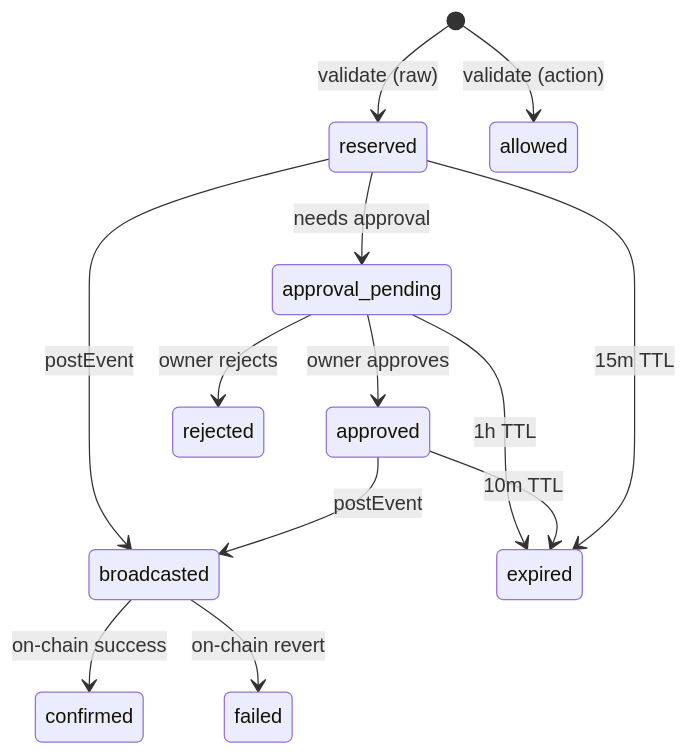
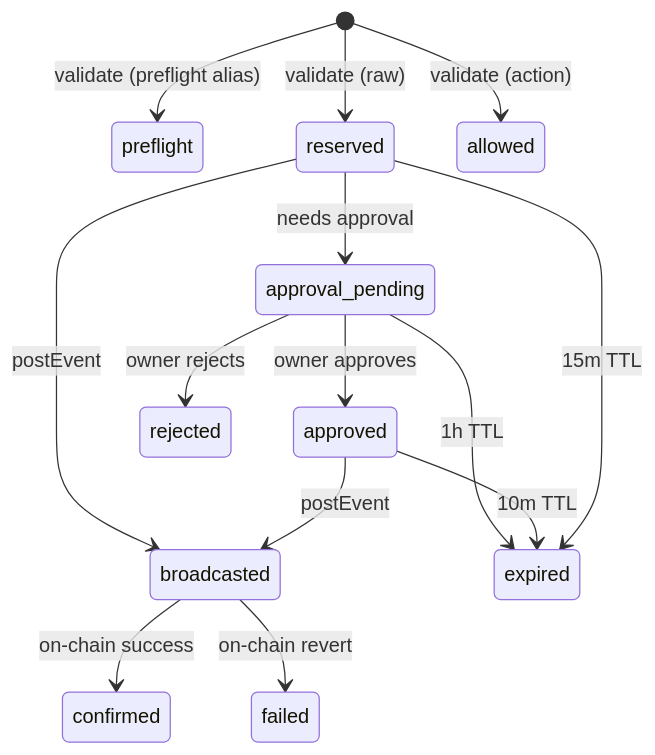
The diagram in concepts/intent-lifecycle.mdx (SwiftAdviser/mandate-docs), drawn with Mermaid before and after one commit. The commit also changed other lines of this file and 131 other files, not shown here.

````diff
--- a/concepts/intent-lifecycle.mdx
+++ b/concepts/intent-lifecycle.mdx
@@ -17,15 +17,16 @@
 ```mermaid
 stateDiagram-v2
+    [*] --> preflight: validate (preflight alias)
     [*] --> reserved: validate (raw)
     [*] --> allowed: validate (action)
     reserved --> approval_pending: needs approval
     reserved --> broadcasted: postEvent
     approval_pending --> approved: owner approves
     approval_pending --> rejected: owner rejects
     approval_pending --> expired: 1h TTL
     approved --> broadcasted: postEvent
     approved --> expired: 10m TTL
     broadcasted --> confirmed: on-chain success
     broadcasted --> failed: on-chain revert
     reserved --> expired: 15m TTL
 ```
````
